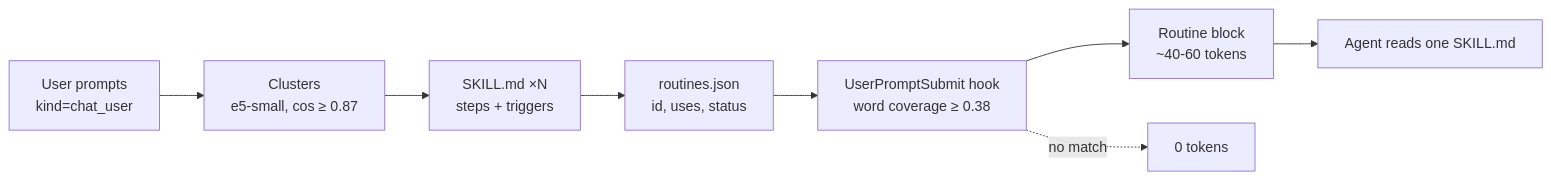
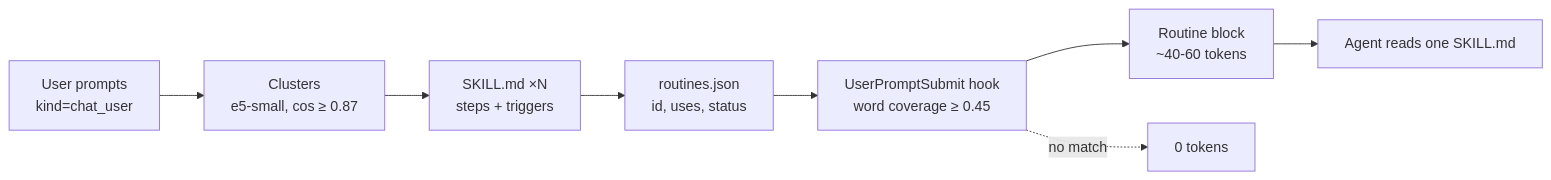
One commit to rukazax/z-code changed the diagram in docs/en/routine-miner.md. Above: the diagram before and after it, drawn with Mermaid. The commit also changed other lines of this file and 6 other files, not shown here.

````diff
--- a/docs/en/routine-miner.md
+++ b/docs/en/routine-miner.md
@@ -24,10 +24,10 @@
 ```mermaid
 flowchart LR
     S[User prompts<br/>kind=chat_user] --> C[Clusters<br/>e5-small, cos ≥ 0.87]
     C --> K[SKILL.md ×N<br/>steps + triggers]
     K --> R[routines.json<br/>id, uses, status]
-    R --> H[UserPromptSubmit hook<br/>word coverage ≥ 0.38]
+    R --> H[UserPromptSubmit hook<br/>word coverage ≥ 0.45]
     H --> B[Routine block<br/>~40-60 tokens]
     B --> A[Agent reads one SKILL.md]
     H -. no match .-> Z[0 tokens]
 ```
````
